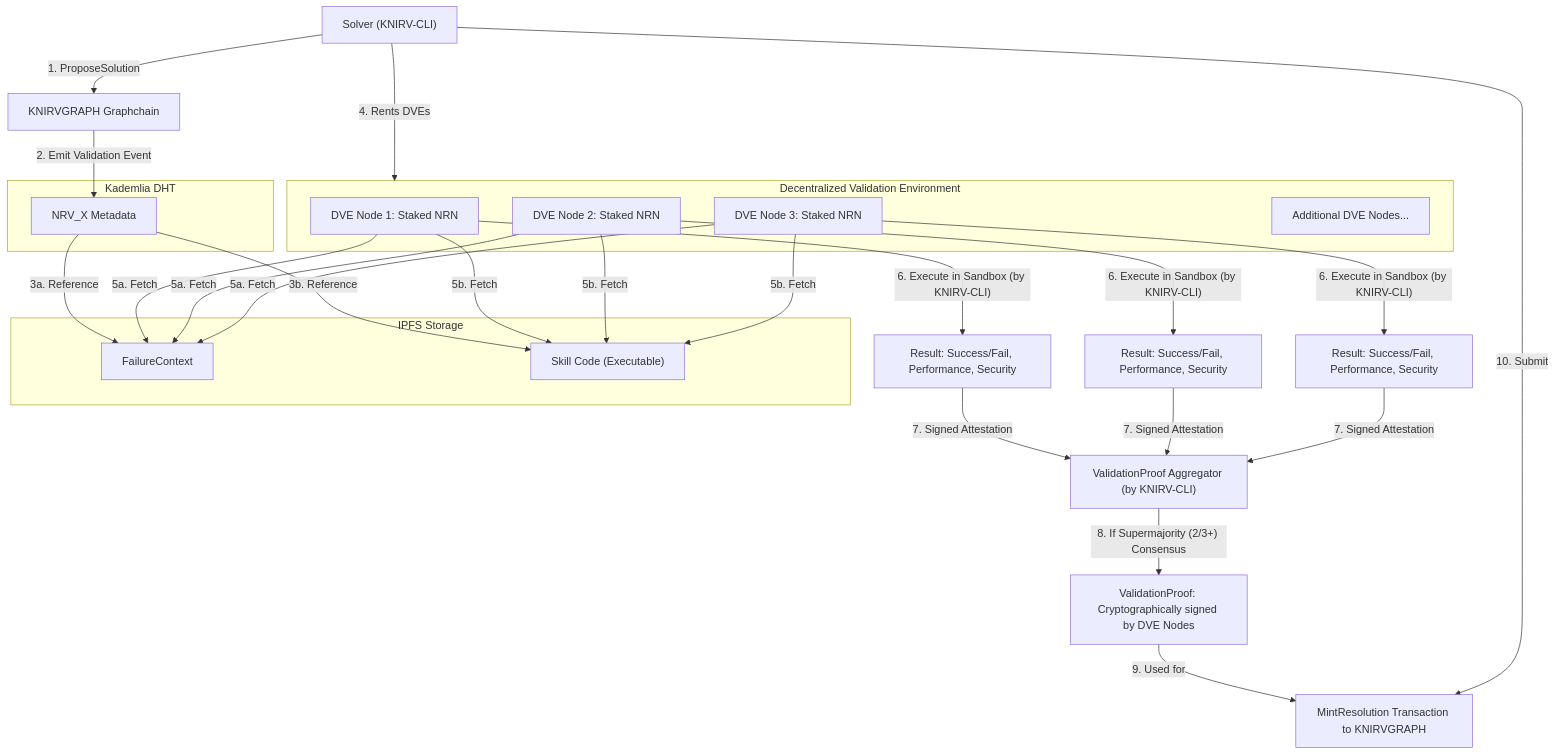
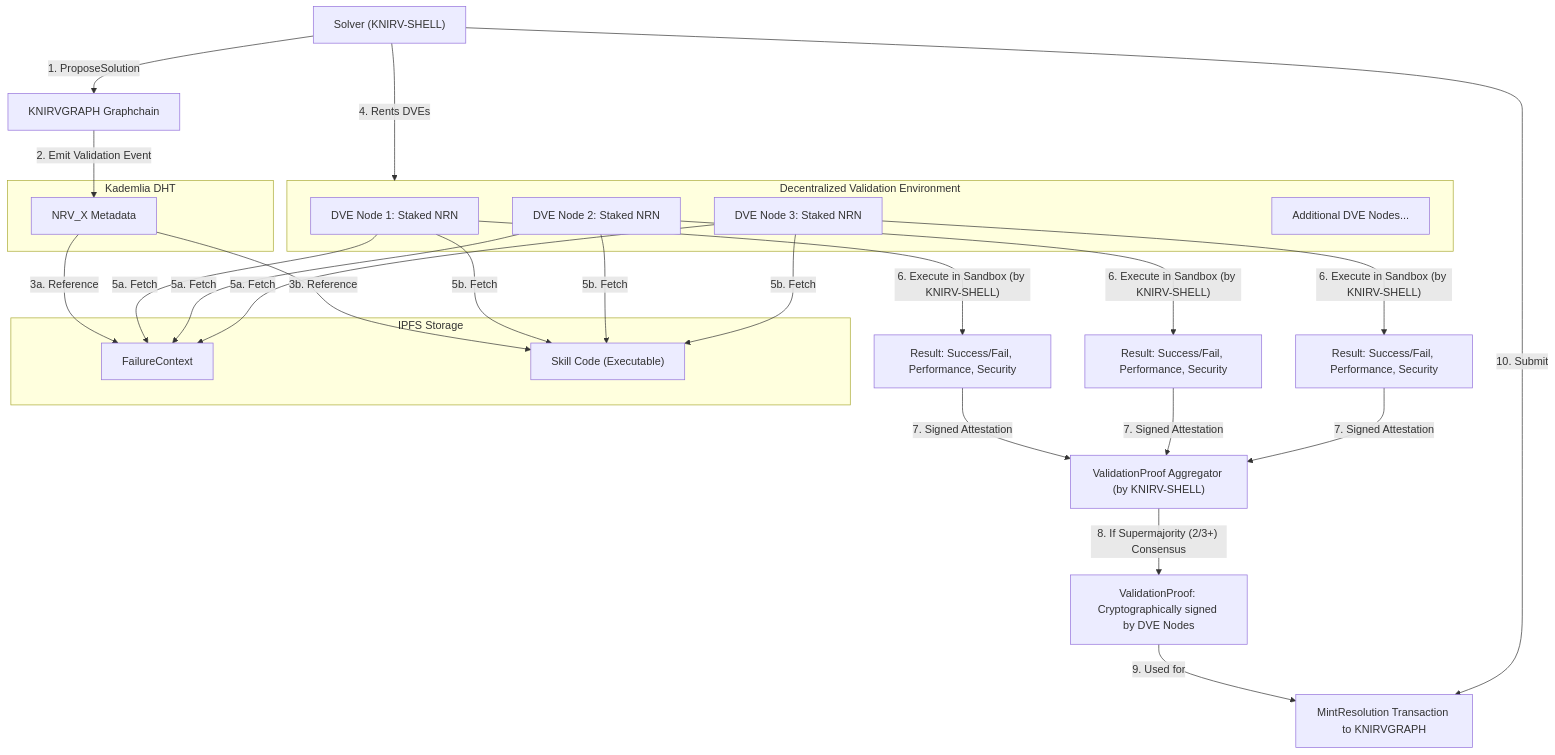
Before and after one commit to guiperry/KNIRV_NETWORK: the fourth of 9 diagrams in KNIRVGATEWAY/network-website/public/documentation/docsify/whitepapers/KNIRV-GRAPH_Whitepaper.md, drawn with Mermaid. The commit also changed other lines of this file and 11499 other files, not shown here.

````diff
--- a/KNIRVGATEWAY/network-website/public/documentation/docsify/whitepapers/KNIRV-GRAPH_Whitepaper.md
+++ b/KNIRVGATEWAY/network-website/public/documentation/docsify/whitepapers/KNIRV-GRAPH_Whitepaper.md
@@ -244,45 +244,45 @@
 ```mermaid
 graph TD
     subgraph DHT[Kademlia DHT]
         NRV[NRV_X Metadata]
     end
     
     subgraph IPFS[IPFS Storage]
         FC[FailureContext]
         SC["Skill Code (Executable)"]
     end
     
     subgraph DVE_NETWORK[Decentralized Validation Environment]
         DVE1[DVE Node 1: Staked NRN]
         DVE2[DVE Node 2: Staked NRN]
         DVE3[DVE Node 3: Staked NRN]
         DVEX[Additional DVE Nodes...]
     end
 
-    Solver["Solver (KNIRV-CLI)"] -- 1. ProposeSolution --> KGBC[KNIRVGRAPH Graphchain]
+    Solver["Solver (KNIRV-SHELL)"] -- 1. ProposeSolution --> KGBC[KNIRVGRAPH Graphchain]
     KGBC -- 2. Emit Validation Event --> NRV
     
     NRV -- 3a. Reference --> FC
     NRV -- 3b. Reference --> SC
     
     Solver -- 4. Rents DVEs --> DVE_NETWORK
     DVE1 -- 5a. Fetch --> FC
     DVE1 -- 5b. Fetch --> SC
     DVE2 -- 5a. Fetch --> FC
     DVE2 -- 5b. Fetch --> SC
     DVE3 -- 5a. Fetch --> FC
     DVE3 -- 5b. Fetch --> SC
     
-    DVE1 -- 6. Execute in Sandbox (by KNIRV-CLI) --> DVE1_Result[Result: Success/Fail, Performance, Security]
-    DVE2 -- 6. Execute in Sandbox (by KNIRV-CLI) --> DVE2_Result[Result: Success/Fail, Performance, Security]
-    DVE3 -- 6. Execute in Sandbox (by KNIRV-CLI) --> DVE3_Result[Result: Success/Fail, Performance, Security]
+    DVE1 -- 6. Execute in Sandbox (by KNIRV-SHELL) --> DVE1_Result[Result: Success/Fail, Performance, Security]
+    DVE2 -- 6. Execute in Sandbox (by KNIRV-SHELL) --> DVE2_Result[Result: Success/Fail, Performance, Security]
+    DVE3 -- 6. Execute in Sandbox (by KNIRV-SHELL) --> DVE3_Result[Result: Success/Fail, Performance, Security]
 
-    DVE1_Result -- 7. Signed Attestation --> Aggregator["ValidationProof Aggregator (by KNIRV-CLI)"]
+    DVE1_Result -- 7. Signed Attestation --> Aggregator["ValidationProof Aggregator (by KNIRV-SHELL)"]
     DVE2_Result -- 7. Signed Attestation --> Aggregator
     DVE3_Result -- 7. Signed Attestation --> Aggregator
 
     Aggregator -- 8. If Supermajority (2/3+) Consensus --> ValidationProof[ValidationProof: Cryptographically signed by DVE Nodes]
     
     ValidationProof -- 9. Used for --> MintResolution[MintResolution Transaction to KNIRVGRAPH]
     Solver -- 10. Submit --> MintResolution
 ```
````
